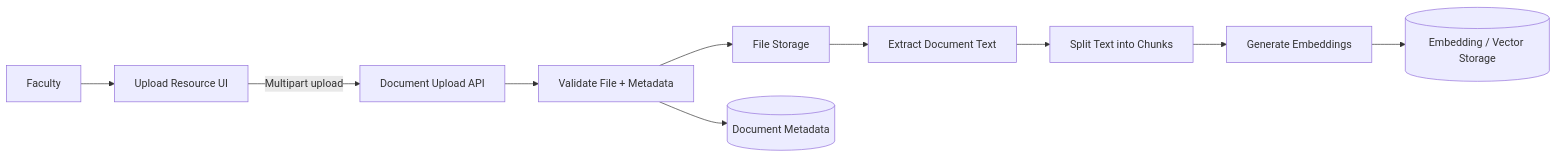
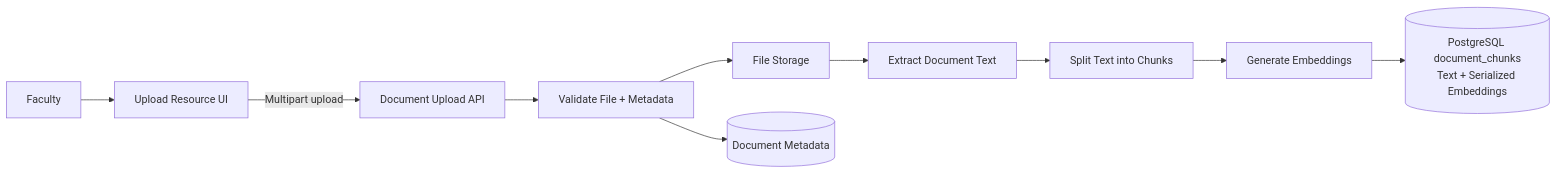
One commit to Chinmay48/academic-intelligence-platform changed the third of 7 diagrams in README.md. Above: the diagram before and after it, drawn with Mermaid. The commit also changed other lines of this file and 11 other files, not shown here.

````diff
--- a/README.md
+++ b/README.md
@@ -695,23 +696,24 @@
 ``` mermaid
 flowchart LR
     F[Faculty]
     UI[Upload Resource UI]
     API[Document Upload API]
     VALIDATE[Validate File + Metadata]
     STORAGE[File Storage]
     META[(Document Metadata)]
     EXTRACT[Extract Document Text]
     CHUNK[Split Text into Chunks]
     EMBED[Generate Embeddings]
-    VECTOR[(Embedding / Vector Storage)]
+    DB[(PostgreSQL document_chunks
+Text + Serialized Embeddings)]
 
     F --> UI
     UI -->|Multipart upload| API
     API --> VALIDATE
     VALIDATE --> STORAGE
     VALIDATE --> META
     STORAGE --> EXTRACT
     EXTRACT --> CHUNK
     CHUNK --> EMBED
-    EMBED --> VECTOR
+    EMBED --> DB
 ```
````
